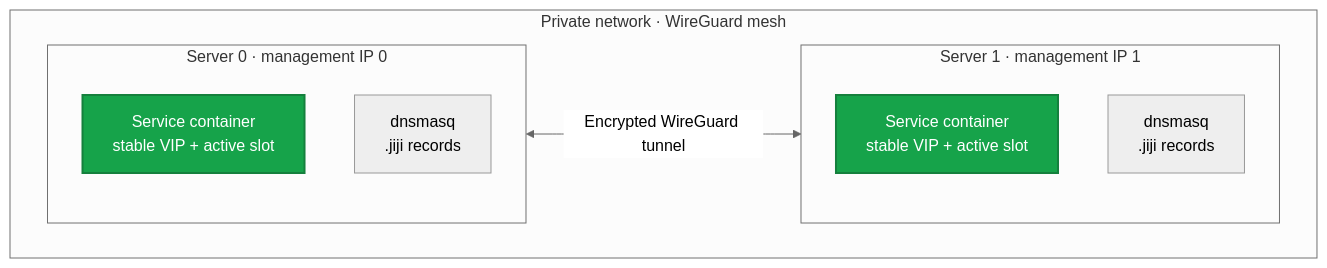
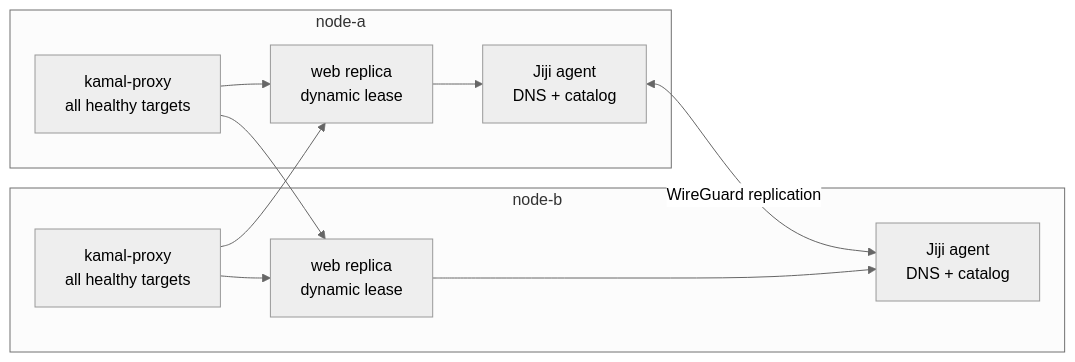
The diagram in app/docs/reference/network/page.mdx (acidtib/jiji-website), drawn with Mermaid (neutral theme) before and after one commit. The commit also changed other lines of this file and 15 other files, not shown here.

First line of the commit message:
Refactor architecture to distributed agent-based model

````diff
--- a/app/docs/reference/network/page.mdx
+++ b/app/docs/reference/network/page.mdx
@@ -17,24 +14,25 @@
 ```mermaid
 flowchart LR
-  accTitle: Private WireGuard network
-  accDescr: Two servers connect through an encrypted WireGuard tunnel. Each server runs a service container with a stable address and dnsmasq for private jiji records.
-  subgraph mesh["Private network · WireGuard mesh"]
-    direction LR
-    subgraph server0["Server 0 · management IP 0"]
-      direction TB
-      app0["Service container<br/>stable VIP + active slot"]
-      dns0["dnsmasq<br/>.jiji records"]
-    end
+  accTitle: Distributed Jiji service network
+  accDescr: Two project agents replicate membership, desired placement, and the service catalog over WireGuard. Each agent answers DNS from the same converged catalog, while service containers use dynamically leased addresses.
 
-    subgraph server1["Server 1 · management IP 1"]
-      direction TB
-      app1["Service container<br/>stable VIP + active slot"]
-      dns1["dnsmasq<br/>.jiji records"]
-    end
-
-    server0 <-->|"Encrypted WireGuard tunnel"| server1
+  subgraph a["node-a"]
+    agentA["Jiji agent<br/>DNS + catalog"]
+    appA["web replica<br/>dynamic lease"]
+    proxyA["kamal-proxy<br/>all healthy targets"]
   end
 
-  classDef service fill:#16a34a,color:#fff,stroke:#15803d,stroke-width:2px
-  class app0,app1 service
+  subgraph b["node-b"]
+    agentB["Jiji agent<br/>DNS + catalog"]
+    appB["web replica<br/>dynamic lease"]
+    proxyB["kamal-proxy<br/>all healthy targets"]
+  end
+
+  agentA <-->|"WireGuard replication"| agentB
+  appA --> agentA
+  appB --> agentB
+  proxyA --> appA
+  proxyA --> appB
+  proxyB --> appA
+  proxyB --> appB
 ```
````
